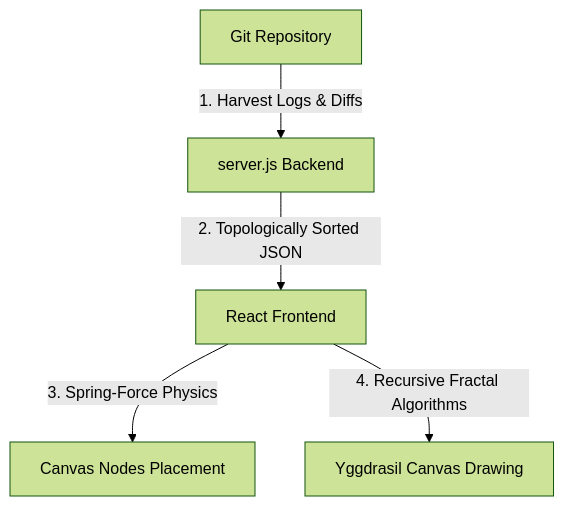
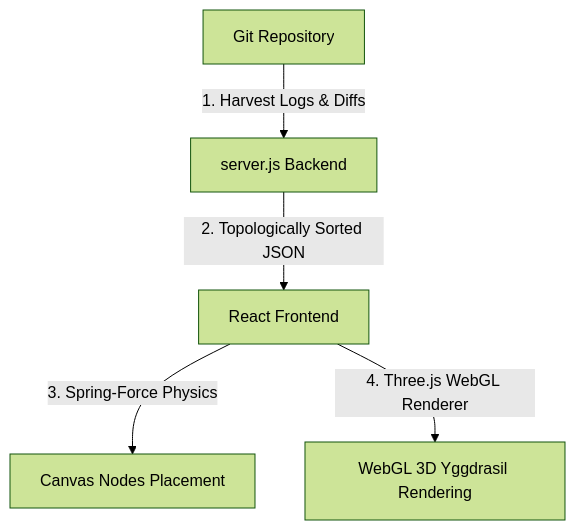
One commit to Garvit-821/rewind-git changed the diagram in README.md. Above: the diagram before and after it, drawn with Mermaid (forest theme). The commit also changed other lines of this file, not shown here.

Commit message:
feat: upgrade Yggdrasil tree visualizer from 2D canvas to 3D WebGL using Three.js

````diff
--- a/README.md
+++ b/README.md
@@ -67,7 +59,7 @@
 ```mermaid
 flowchart TD
     A[Git Repository] -->|1. Harvest Logs & Diffs| B[server.js Backend]
     B -->|2. Topologically Sorted JSON| C[React Frontend]
     C -->|3. Spring-Force Physics| D[Canvas Nodes Placement]
-    C -->|4. Recursive Fractal Algorithms| E[Yggdrasil Canvas Drawing]
+    C -->|4. Three.js WebGL Renderer| E[WebGL 3D Yggdrasil Rendering]
 ```
````
